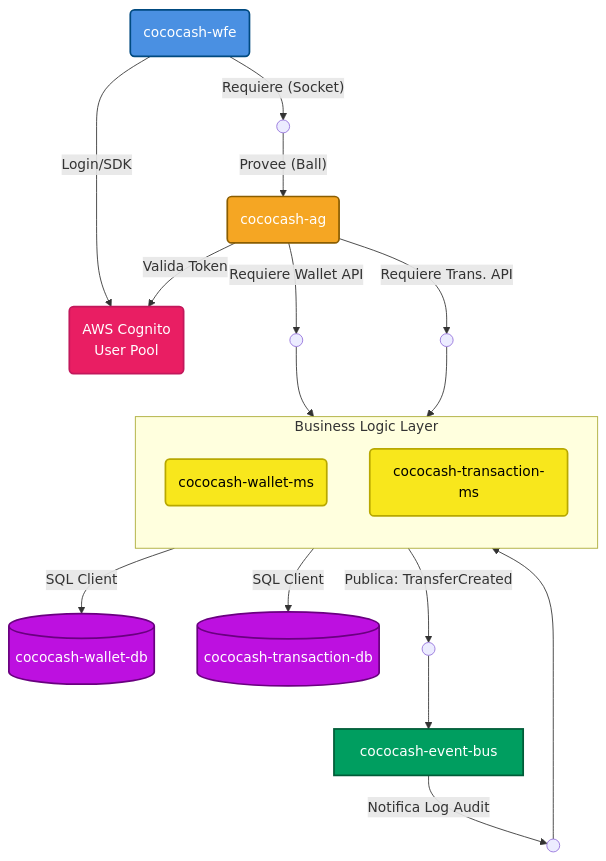
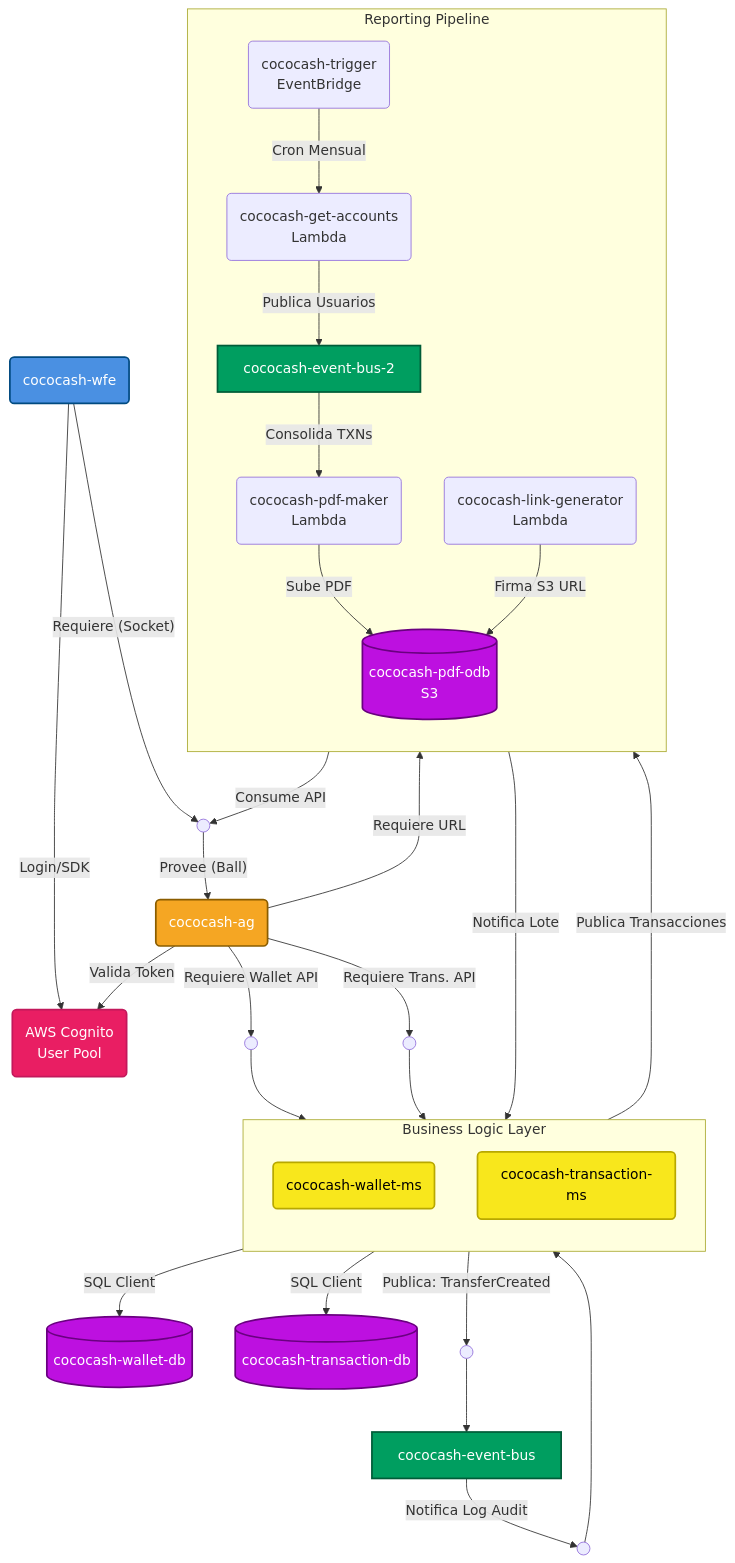
The second of 3 diagrams in ARCHITECTURE.md (cococash-swarchqua/cococash), drawn with Mermaid before and after one commit. The commit also changed other lines of this file and 26 other files, not shown here.

````diff
--- a/ARCHITECTURE.md
+++ b/ARCHITECTURE.md
@@ -157,57 +157,71 @@
 ```mermaid
 graph TD
     %% Estilos C&C
     classDef frontend fill:#4a90e2,stroke:#004a80,stroke-width:2px,color:white;
     classDef gateway fill:#f5a623,stroke:#8a5d00,stroke-width:2px,color:white;
     classDef service fill:#f8e71c,stroke:#b8a800,stroke-width:2px,color:black,stroke-dasharray: 0;
     classDef bus fill:#009e60,stroke:#005c38,stroke-width:2px,color:white;
     classDef db fill:#bd10e0,stroke:#6a0080,stroke-width:2px,color:white;
     classDef auth fill:#E91E63,stroke:#C2185B,stroke-width:2px,color:white;
 
     %% --- 1. CAPA FRONTEND ---
     WFE(cococash-wfe):::frontend
 
     %% --- 2. CAPA ORQUESTACIÓN ---
     AG(cococash-ag):::gateway
     
     %% Conexión WFE -> AG
-    %% WFE requiere interfaz HTTP que AG provee
     WFE -- "Requiere (Socket)" --> HTTP_AG(( )) 
     HTTP_AG -- "Provee (Ball)" --> AG
 
     %% --- 3. GESTIÓN DE IDENTIDAD (SaaS) ---
     COGNITO(AWS Cognito <br> User Pool):::auth
     
-    %% Autenticación: WFE usa SDK de Cognito
     WFE -- "Login/SDK" --> COGNITO
-    %% Autorización: AG valida tokens contra Cognito
     AG -- "Valida Token" --> COGNITO
 
     %% --- 4. CAPA MICROSERVICIOS ---
     subgraph "Business Logic Layer"
         direction TB
         WALLET_MS(cococash-wallet-ms):::service
         TRANS_MS(cococash-transaction-ms):::service
     end
 
     %% Routing del AG hacia los MS
-    %% AG actúa como cliente (socket) consumiendo las APIs de los MS
     AG -- "Requiere Wallet API" --> API_WALLET(( )) --> WALLET_MS
     AG -- "Requiere Trans. API" --> API_TRANS(( )) --> TRANS_MS
 
     %% --- 5. CAPA PERSISTENCIA ---
     WALLET_DB[(cococash-wallet-db)]:::db
     TRANS_DB[(cococash-transaction-db)]:::db
 
     WALLET_MS -- "SQL Client" --> WALLET_DB
     TRANS_MS -- "SQL Client" --> TRANS_DB
 
-    %% --- 6. CAPA DE EVENTOS (ASYNC) ---
+    %% --- 6. CAPA DE EVENTOS PRINCIPAL (ASYNC) ---
     EVENT_BUS[cococash-event-bus]:::bus
 
-    %% Publicación
     WALLET_MS -- "Publica: TransferCreated" --> BUS_IF(( )) --> EVENT_BUS
-
-    %% Consumo
     EVENT_BUS -- "Notifica Log Audit" --> LISTENER_IF(( )) --> TRANS_MS
+    
+    %% --- 7. SUBSISTEMA DE REPORTES (BATCH) ---
+    subgraph "Reporting Pipeline"
+        direction TB
+        TRIGGER(cococash-trigger <br> EventBridge)
+        GET_ACC(cococash-get-accounts <br> Lambda)
+        PDF_MAKER(cococash-pdf-maker <br> Lambda)
+        LINK_GEN(cococash-link-generator <br> Lambda)
+        S3_ODB[(cococash-pdf-odb <br> S3)]:::db
+        REPORT_BUS[cococash-event-bus-2]:::bus
+    end
+    
+    TRIGGER -- "Cron Mensual" --> GET_ACC
+    GET_ACC -- "Consume API" --> HTTP_AG
+    GET_ACC -- "Publica Usuarios" --> REPORT_BUS
+    REPORT_BUS -- "Notifica Lote" --> TRANS_MS
+    TRANS_MS -- "Publica Transacciones" --> REPORT_BUS
+    REPORT_BUS -- "Consolida TXNs" --> PDF_MAKER
+    PDF_MAKER -- "Sube PDF" --> S3_ODB
+    AG -- "Requiere URL" --> LINK_GEN
+    LINK_GEN -- "Firma S3 URL" --> S3_ODB
 ```
````
